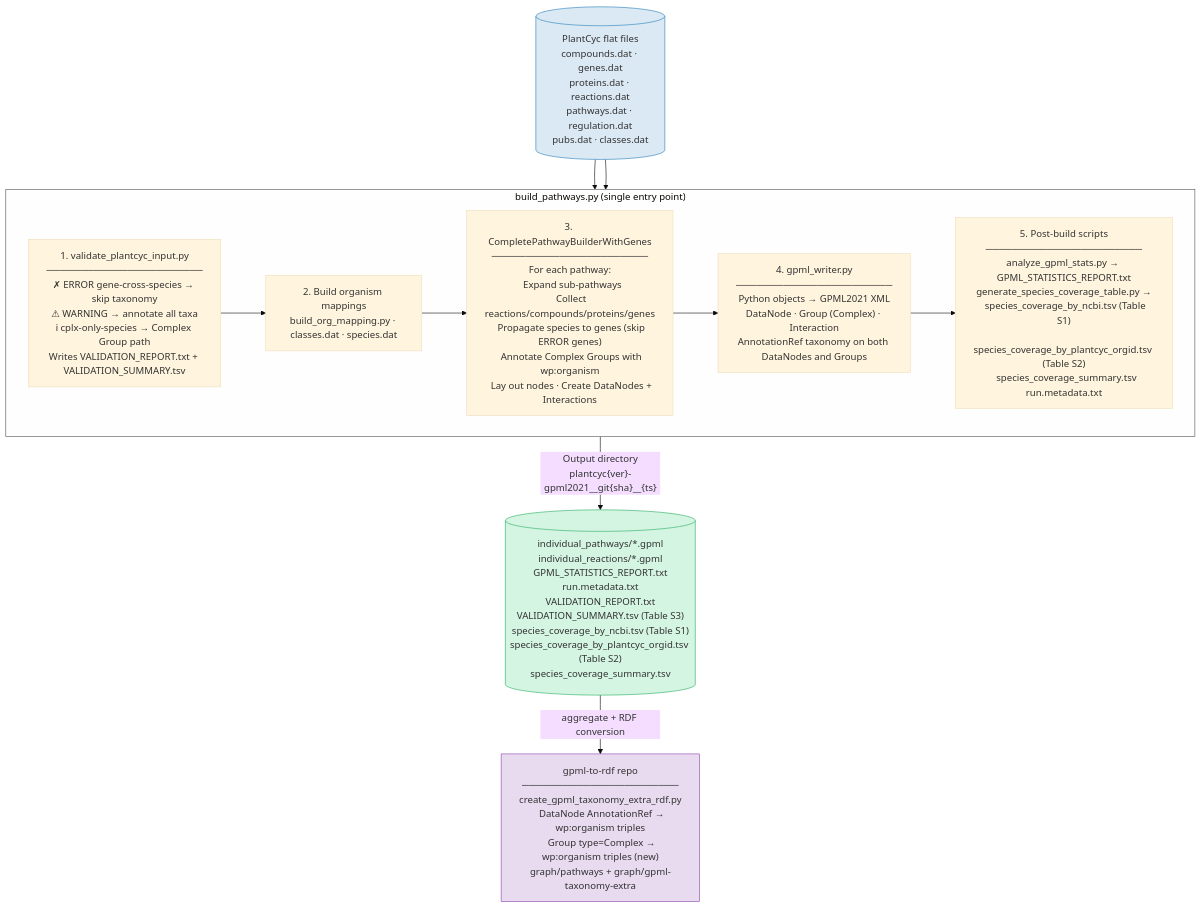
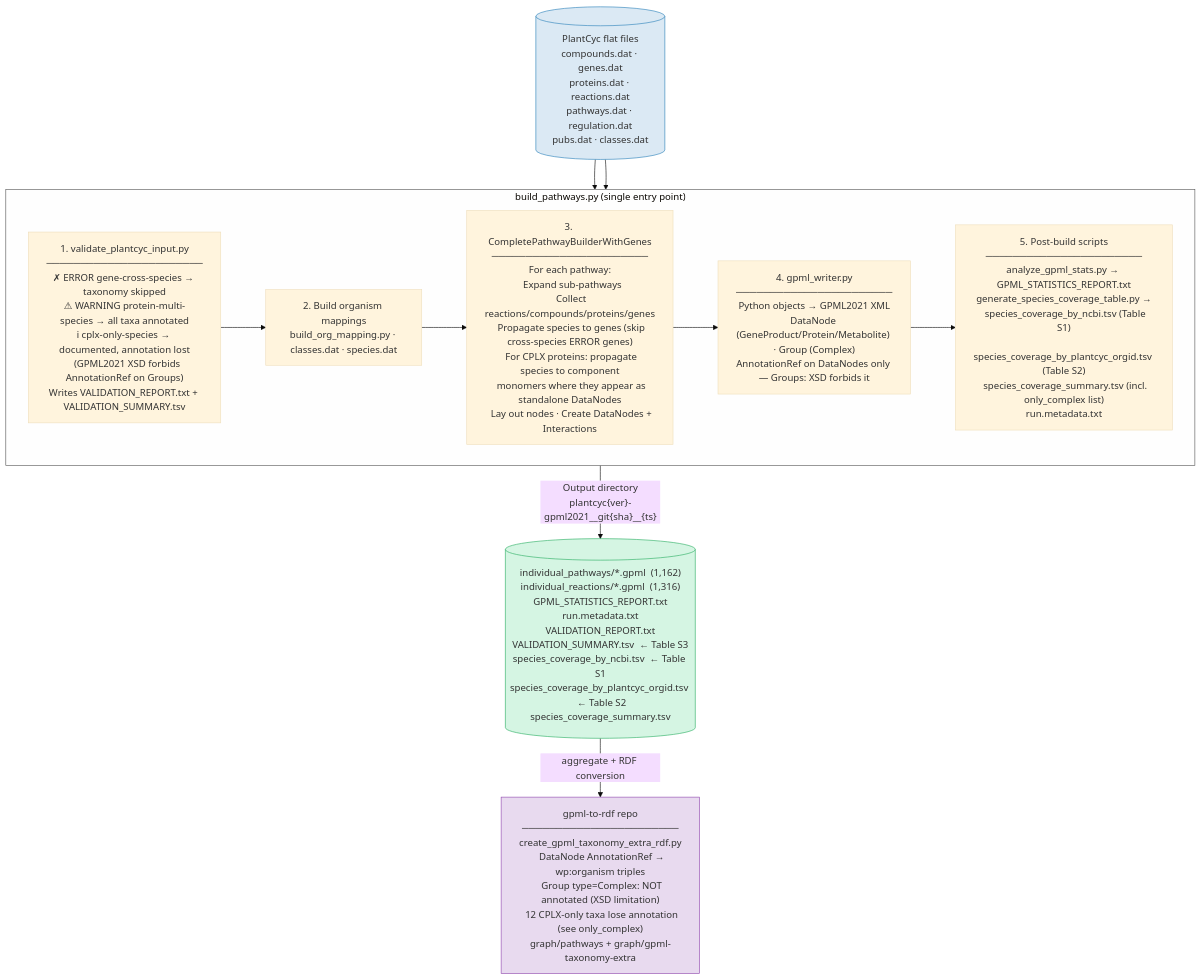
One commit to pathway-lod/Cyc_to_wiki changed the diagram in README.md. Above: the diagram before and after it, drawn with Mermaid (base theme). The commit also changed other lines of this file and 4972 other files, not shown here.

First line of the commit message:
Final v2 build: XSD-compliant (no AnnotationRef on Groups), only_complex from proteins.dat

````diff
--- a/README.md
+++ b/README.md
@@ -447,26 +447,26 @@
 ```mermaid
 flowchart TD
     A[("PlantCyc flat files\ncompounds.dat · genes.dat\nproteins.dat · reactions.dat\npathways.dat · regulation.dat\npubs.dat · classes.dat")] --> MAIN
 
     subgraph MAIN ["build_pathways.py  (single entry point)"]
-        V["1. validate_plantcyc_input.py\n───────────────────────\n✗ ERROR gene-cross-species → skip taxonomy\n⚠ WARNING → annotate all taxa\nℹ cplx-only-species → Complex Group path\nWrites VALIDATION_REPORT.txt + VALIDATION_SUMMARY.tsv"]
+        V["1. validate_plantcyc_input.py\n───────────────────────\n✗ ERROR gene-cross-species → taxonomy skipped\n⚠ WARNING protein-multi-species → all taxa annotated\nℹ cplx-only-species → documented, annotation lost\n   (GPML2021 XSD forbids AnnotationRef on Groups)\nWrites VALIDATION_REPORT.txt + VALIDATION_SUMMARY.tsv"]
         B["2. Build organism mappings\nbuild_org_mapping.py · classes.dat · species.dat"]
-        C["3. CompletePathwayBuilderWithGenes\n───────────────────────\nFor each pathway:\n  Expand sub-pathways\n  Collect reactions/compounds/proteins/genes\n  Propagate species to genes (skip ERROR genes)\n  Annotate Complex Groups with wp:organism\n  Lay out nodes · Create DataNodes + Interactions"]
-        D["4. gpml_writer.py\n───────────────────────\nPython objects → GPML2021 XML\nDataNode · Group (Complex) · Interaction\nAnnotationRef taxonomy on both DataNodes and Groups"]
-        S["5. Post-build scripts\n───────────────────────\nanalyze_gpml_stats.py → GPML_STATISTICS_REPORT.txt\ngenerate_species_coverage_table.py →\n  species_coverage_by_ncbi.tsv (Table S1)\n  species_coverage_by_plantcyc_orgid.tsv (Table S2)\n  species_coverage_summary.tsv\nrun.metadata.txt"]
+        C["3. CompletePathwayBuilderWithGenes\n───────────────────────\nFor each pathway:\n  Expand sub-pathways\n  Collect reactions/compounds/proteins/genes\n  Propagate species to genes (skip cross-species ERROR genes)\n  For CPLX proteins: propagate species to component\n  monomers where they appear as standalone DataNodes\n  Lay out nodes · Create DataNodes + Interactions"]
+        D["4. gpml_writer.py\n───────────────────────\nPython objects → GPML2021 XML\nDataNode (GeneProduct/Protein/Metabolite) · Group (Complex)\nAnnotationRef on DataNodes only — Groups: XSD forbids it"]
+        S["5. Post-build scripts\n───────────────────────\nanalyze_gpml_stats.py → GPML_STATISTICS_REPORT.txt\ngenerate_species_coverage_table.py →\n  species_coverage_by_ncbi.tsv (Table S1)\n  species_coverage_by_plantcyc_orgid.tsv (Table S2)\n  species_coverage_summary.tsv (incl. only_complex list)\nrun.metadata.txt"]
         V --> B --> C --> D --> S
     end
 
     A --> MAIN
 
     MAIN -->|"Output directory\nplantcyc{ver}-gpml2021__git{sha}__{ts}"| OUT
 
-    OUT[("individual_pathways/*.gpml\nindividual_reactions/*.gpml\nGPML_STATISTICS_REPORT.txt\nrun.metadata.txt\nVALIDATION_REPORT.txt\nVALIDATION_SUMMARY.tsv (Table S3)\nspecies_coverage_by_ncbi.tsv (Table S1)\nspecies_coverage_by_plantcyc_orgid.tsv (Table S2)\nspecies_coverage_summary.tsv")]
+    OUT[("individual_pathways/*.gpml  (1,162)\nindividual_reactions/*.gpml  (1,316)\nGPML_STATISTICS_REPORT.txt\nrun.metadata.txt\nVALIDATION_REPORT.txt\nVALIDATION_SUMMARY.tsv  ← Table S3\nspecies_coverage_by_ncbi.tsv  ← Table S1\nspecies_coverage_by_plantcyc_orgid.tsv  ← Table S2\nspecies_coverage_summary.tsv")]
 
-    OUT -->|"aggregate + RDF conversion"| E["gpml-to-rdf repo\n───────────────────────\ncreate_gpml_taxonomy_extra_rdf.py\n  DataNode AnnotationRef → wp:organism triples\n  Group type=Complex → wp:organism triples (new)\ngraph/pathways + graph/gpml-taxonomy-extra"]
+    OUT -->|"aggregate + RDF conversion"| E["gpml-to-rdf repo\n───────────────────────\ncreate_gpml_taxonomy_extra_rdf.py\n  DataNode AnnotationRef → wp:organism triples\n  Group type=Complex: NOT annotated (XSD limitation)\n  12 CPLX-only taxa lose annotation (see only_complex)\ngraph/pathways + graph/gpml-taxonomy-extra"]
 
     style A fill:#dbe9f4,stroke:#2980b9
     style OUT fill:#d5f5e3,stroke:#27ae60
     style E fill:#e8daef,stroke:#8e44ad
     style MAIN fill:#fefefe,stroke:#555
 ```
````
